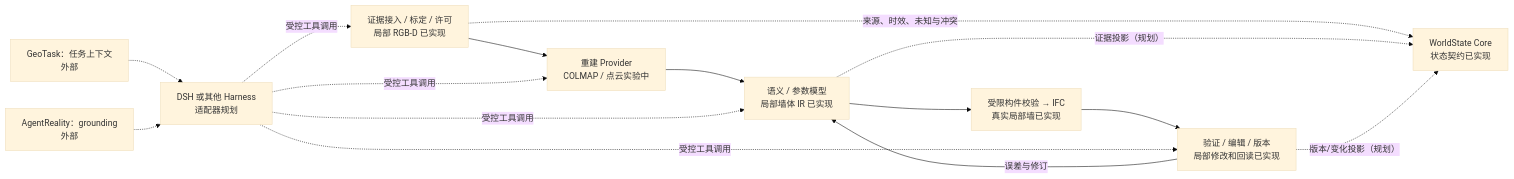
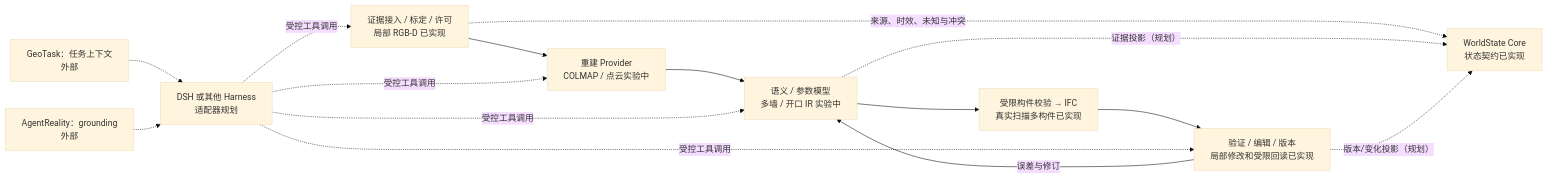
One commit to stpku/WorldState changed the first of 3 diagrams in docs/architecture/evidence-to-editable-world.md. Above: the diagram before and after it, drawn with Mermaid (base theme). The commit also changed other lines of this file and 7 other files, not shown here.

````diff
--- a/docs/architecture/evidence-to-editable-world.md
+++ b/docs/architecture/evidence-to-editable-world.md
@@ -7,17 +7,17 @@
 ```mermaid
 flowchart LR
   E["证据接入 / 标定 / 许可<br/>局部 RGB-D 已实现"] --> R["重建 Provider<br/>COLMAP / 点云实验中"]
-  R --> S["语义 / 参数模型<br/>局部墙体 IR 已实现"]
-  S --> A["受限构件校验 → IFC<br/>真实局部墙已实现"]
-  A --> V["验证 / 编辑 / 版本<br/>局部修改和回读已实现"]
+  R --> S["语义 / 参数模型<br/>多墙 / 开口 IR 实验中"]
+  S --> A["受限构件校验 → IFC<br/>真实扫描多构件已实现"]
+  A --> V["验证 / 编辑 / 版本<br/>局部修改和受限回读已实现"]
   V -- "误差与修订" --> S
   E -. "来源、时效、未知与冲突" .-> C["WorldState Core<br/>状态契约已实现"]
   S -. "证据投影（规划）" .-> C
   V -. "版本/变化投影（规划）" .-> C
   H["DSH 或其他 Harness<br/>适配器规划"] -. "受控工具调用" .-> E
   H -. "受控工具调用" .-> R
   H -. "受控工具调用" .-> S
   H -. "受控工具调用" .-> V
   G["GeoTask：任务上下文<br/>外部"] -.-> H
   AR["AgentReality：grounding<br/>外部"] -.-> H
 ```
````
